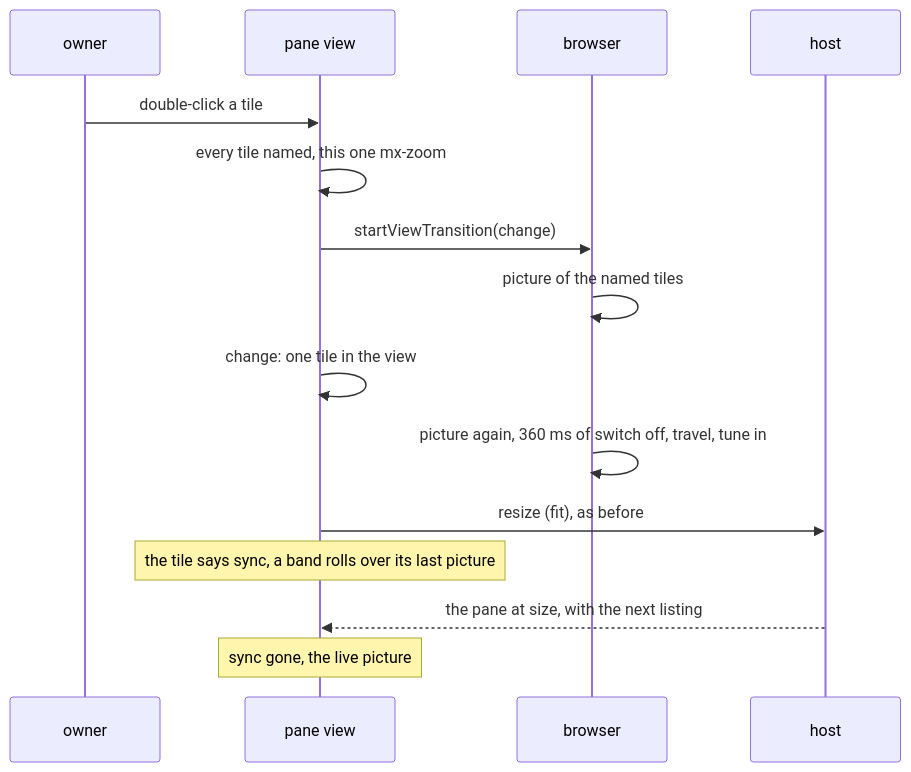
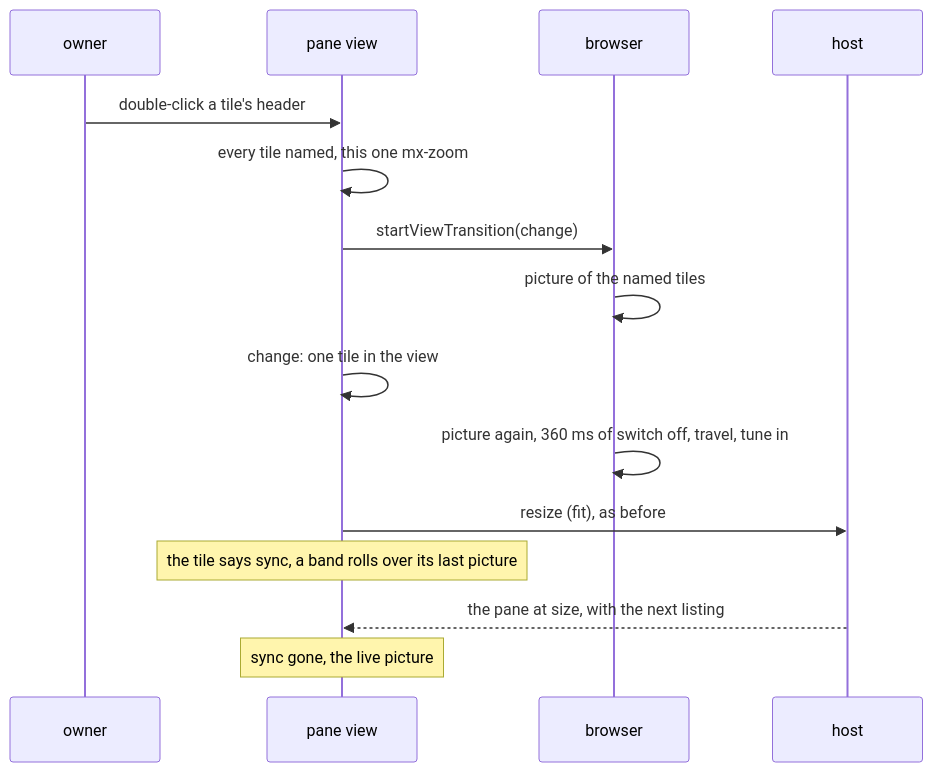
The fourth of 5 diagrams in docs/features/web-client.md (notmarkopadjen/muxway), drawn with Mermaid before and after one commit. The commit also changed other lines of this file and 12 other files, not shown here.

First line of the commit message:
A double-click zooms from a tile's header, a cell's header or a tab, so the screen's double-click picks a word

````diff
--- a/docs/features/web-client.md
+++ b/docs/features/web-client.md
@@ -918,17 +920,17 @@
 ```mermaid
 sequenceDiagram
     participant U as owner
     participant V as pane view
     participant B as browser
     participant H as host
-    U->>V: double-click a tile
+    U->>V: double-click a tile's header
     V->>V: every tile named, this one mx-zoom
     V->>B: startViewTransition(change)
     B->>B: picture of the named tiles
     V->>V: change: one tile in the view
     B->>B: picture again, 360 ms of switch off, travel, tune in
     V->>H: resize (fit), as before
     Note over V: the tile says sync, a band rolls over its last picture
     H-->>V: the pane at size, with the next listing
     Note over V: sync gone, the live picture
 ```
````
